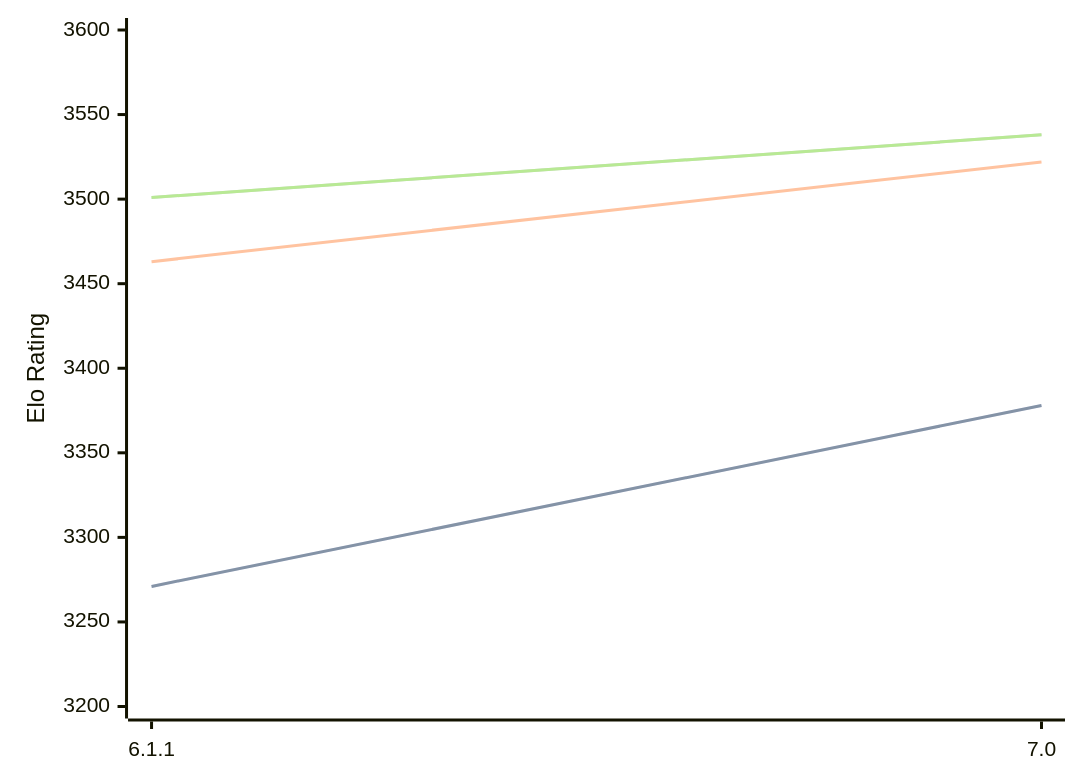
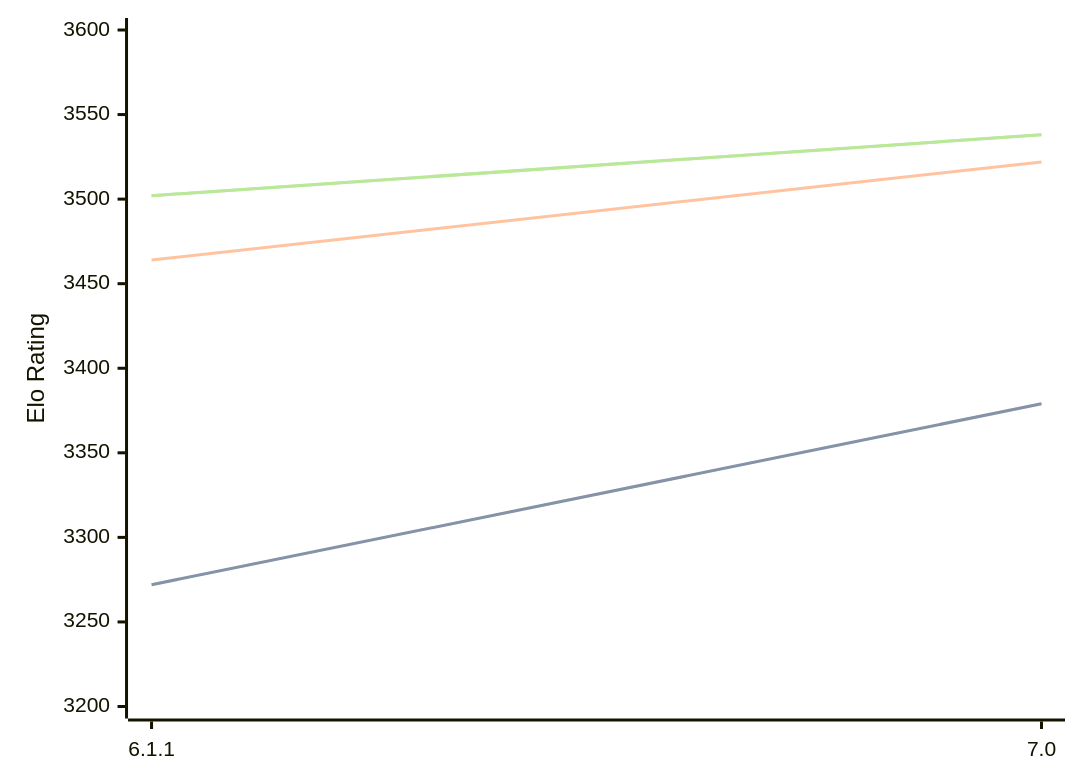
The diagram in engines/Astra.md (computer-chess-index/cci), drawn with Mermaid before and after one commit. The commit also changed other lines of this file, not shown here.

Commit message:
Update CCI Ratings (ELO VLTC) - 2026-07-25

````diff
--- a/engines/Astra.md
+++ b/engines/Astra.md
@@ -44,11 +44,11 @@
 ```mermaid
 %%{init: {"theme":"base","themeVariables":{"seriesColors:['#a3a3a3','#222221','#faa371']}}}%%
 xychart-beta
   x-axis ["6.1.1", "7.0"]
   y-axis "Elo Rating" 3200 --> 3600
-  line "STC (8.0+0.08s)" [3271, 3378]
-  line "STC (8.0+0.08s)" [3271, 3378]
-  line "LTC (60.0+0.60s)" [3463, 3522]
-  line "VLTC (2m24s+1.12s)" [3501, 3538]
-  line "VLTC (2m24s+1.12s)" [3501, 3538]
+  line "STC (8.0+0.08s)" [3272, 3379]
+  line "STC (8.0+0.08s)" [3272, 3379]
+  line "LTC (60.0+0.60s)" [3464, 3522]
+  line "VLTC (2m24s+1.12s)" [3502, 3538]
+  line "VLTC (2m24s+1.12s)" [3502, 3538]
 ```
````
